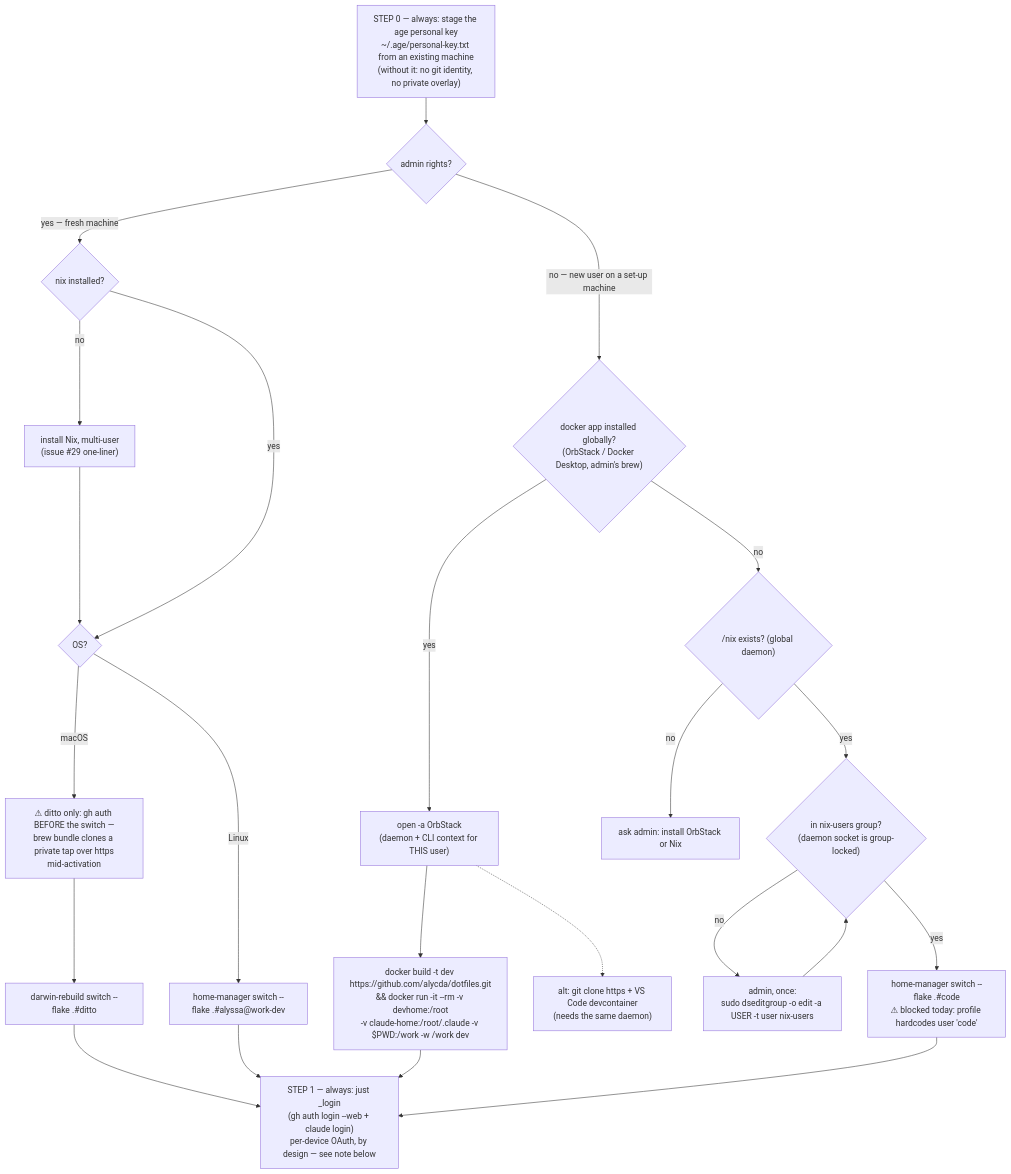
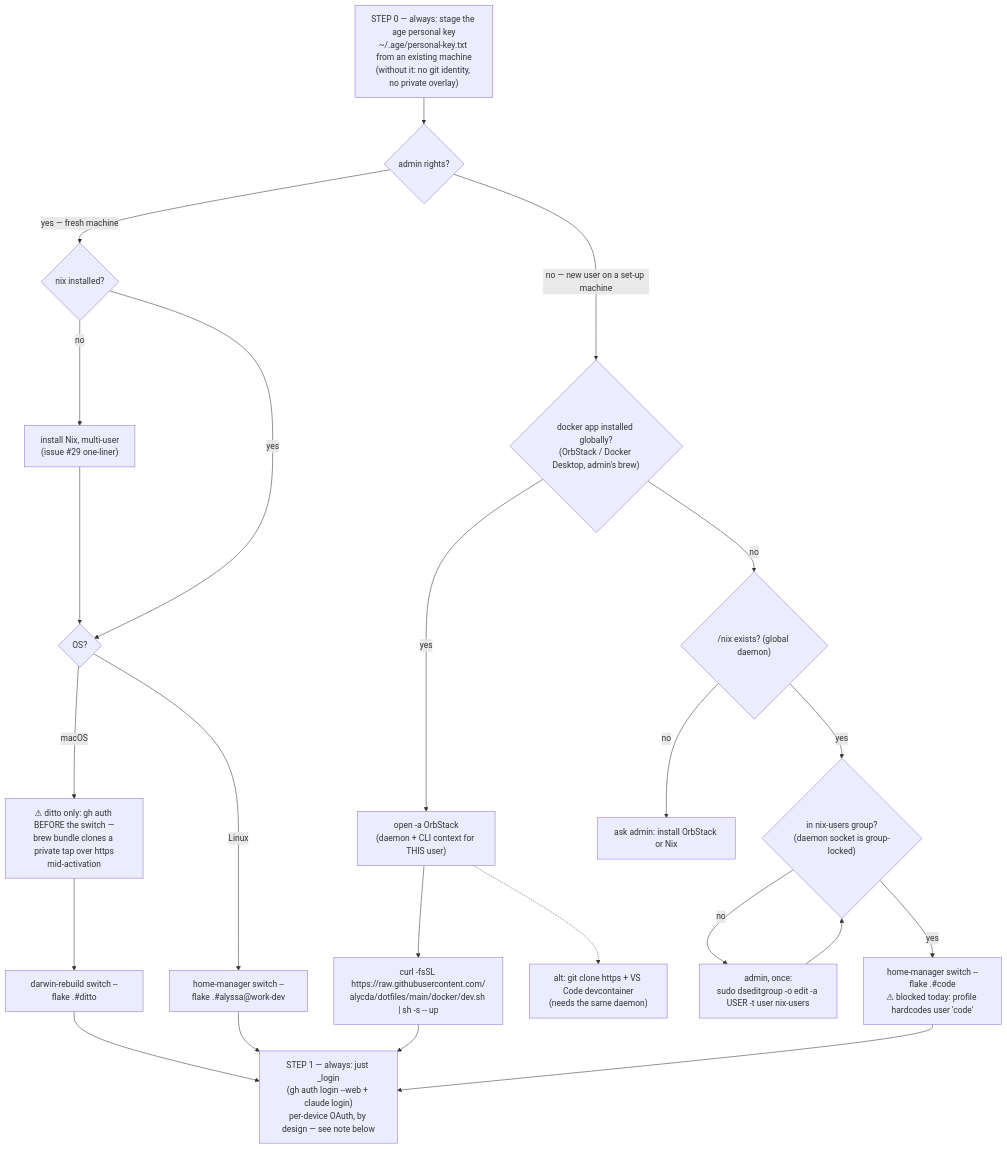
Before and after one commit to alycda/dotfiles: the diagram in README.md, drawn with Mermaid. The commit also changed other lines of this file and 1 other file, not shown here.

````diff
--- a/README.md
+++ b/README.md
@@ -63,29 +63,29 @@
 ```mermaid
 flowchart TD
     K0["STEP 0 — always: stage the age personal key<br/>~/.age/personal-key.txt from an existing machine<br/>(without it: no git identity, no private overlay)"]
     K0 --> Q1{admin rights?}
 
     Q1 -- "yes — fresh machine" --> Q2{nix installed?}
     Q2 -- no --> N1["install Nix, multi-user<br/>(issue #29 one-liner)"]
     N1 --> Q3{OS?}
     Q2 -- yes --> Q3
     Q3 -- macOS --> W1["⚠ ditto only: gh auth BEFORE the switch —<br/>brew bundle clones a private tap over https<br/>mid-activation"]
     W1 --> D1["darwin-rebuild switch --flake .#ditto"]
     Q3 -- Linux --> D2["home-manager switch --flake .#alyssa@work-dev"]
 
     Q1 -- "no — new user on a set-up machine" --> Q4{"docker app installed globally?<br/>(OrbStack / Docker Desktop, admin's brew)"}
     Q4 -- yes --> C1["open -a OrbStack<br/>(daemon + CLI context for THIS user)"]
-    C1 --> C2["docker build -t dev https://github.com/alycda/dotfiles.git<br/>&& docker run -it --rm -v devhome:/root<br/>-v claude-home:/root/.claude -v $PWD:/work -w /work dev"]
+    C1 --> C2["curl -fsSL https://raw.githubusercontent.com/<br/>alycda/dotfiles/main/docker/dev.sh | sh -s -- up"]
     C1 -.-> C3["alt: git clone https + VS Code devcontainer<br/>(needs the same daemon)"]
     Q4 -- no --> Q5{"/nix exists? (global daemon)"}
     Q5 -- yes --> Q6{"in nix-users group?<br/>(daemon socket is group-locked)"}
     Q6 -- no --> A1["admin, once:<br/>sudo dseditgroup -o edit -a USER -t user nix-users"]
     A1 --> Q6
     Q6 -- yes --> H1["home-manager switch --flake .#code<br/>⚠ blocked today: profile hardcodes user 'code'"]
     Q5 -- no --> A2[ask admin: install OrbStack or Nix]
 
     D1 --> S1["STEP 1 — always: just _login<br/>(gh auth login --web + claude login)<br/>per-device OAuth, by design — see note below"]
     D2 --> S1
     C2 --> S1
     H1 --> S1
 ```
````
